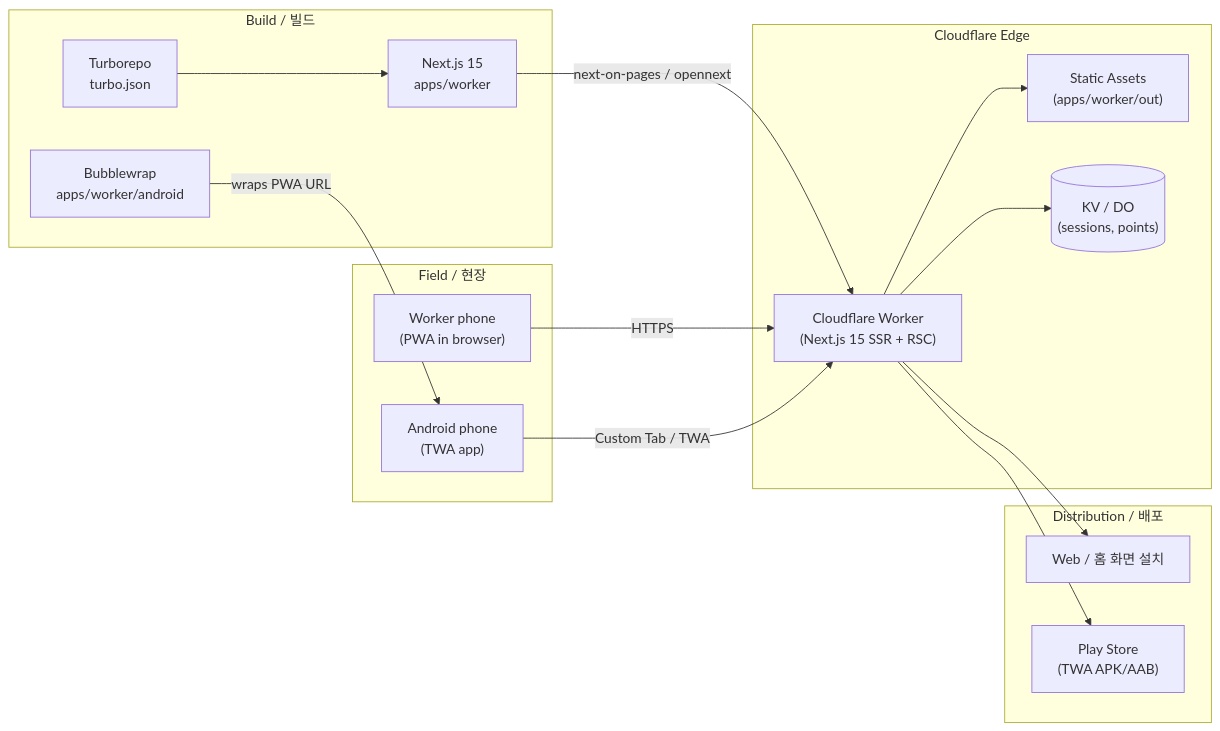
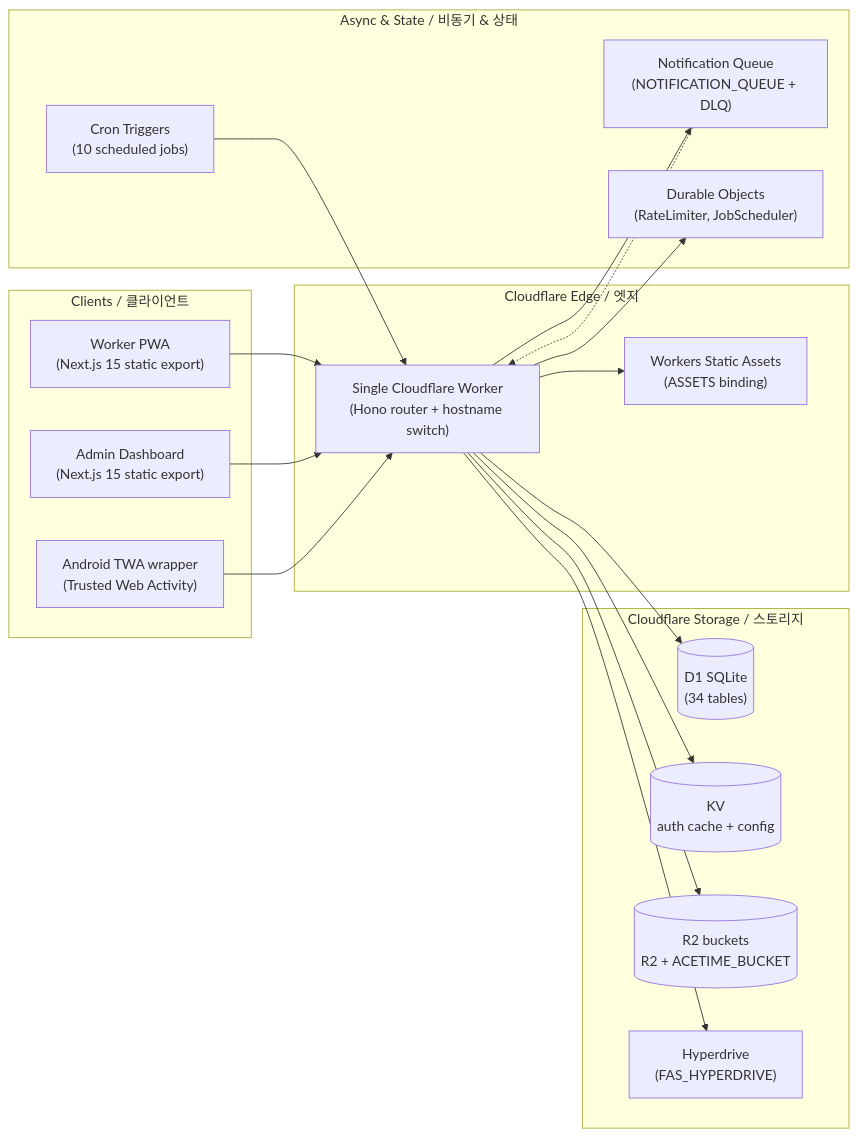
One commit to jclee941/safetywallet changed the diagram in README.md. Above: the diagram before and after it, drawn with Mermaid. The commit also changed other lines of this file, not shown here.

````diff
--- a/README.md
+++ b/README.md
@@ -73,35 +79,40 @@
 ```mermaid
 flowchart LR
-    subgraph Field["Field / 현장"]
-        Worker["Worker phone<br/>(PWA in browser)"]
-        Android["Android phone<br/>(TWA app)"]
-    end
+  subgraph Clients["Clients / 클라이언트"]
+    PWA["Worker PWA<br/>(Next.js 15 static export)"]
+    Admin["Admin Dashboard<br/>(Next.js 15 static export)"]
+    TWA["Android TWA wrapper<br/>(Trusted Web Activity)"]
+  end
 
-    subgraph Edge["Cloudflare Edge"]
-        CF["Cloudflare Worker<br/>(Next.js 15 SSR + RSC)"]
-        Assets["Static Assets<br/>(apps/worker/out)"]
-        KV[("KV / DO<br/>(sessions, points)")]
-    end
+  subgraph Edge["Cloudflare Edge / 엣지"]
+    Worker["Single Cloudflare Worker<br/>(Hono router + hostname switch)"]
+    ASSETS["Workers Static Assets<br/>(ASSETS binding)"]
+  end
 
-    subgraph Build["Build / 빌드"]
-        Next["Next.js 15<br/>apps/worker"]
-        Turbo["Turborepo<br/>turbo.json"]
-        Bubblewrap["Bubblewrap<br/>apps/worker/android"]
-    end
+  subgraph Storage["Cloudflare Storage / 스토리지"]
+    D1[("D1 SQLite<br/>(34 tables)")]
+    KV[("KV<br/>auth cache + config")]
+    R2[("R2 buckets<br/>R2 + ACETIME_BUCKET")]
+    HD["Hyperdrive<br/>(FAS_HYPERDRIVE)"]
+  end
 
-    subgraph Dist["Distribution / 배포"]
-        Web["Web / 홈 화면 설치"]
-        Play["Play Store<br/>(TWA APK/AAB)"]
-    end
+  subgraph Async["Async & State / 비동기 & 상태"]
+    Q["Notification Queue<br/>(NOTIFICATION_QUEUE + DLQ)"]
+    DO["Durable Objects<br/>(RateLimiter, JobScheduler)"]
+    Cron["Cron Triggers<br/>(10 scheduled jobs)"]
+  end
 
-    Next -->|next-on-pages / opennext| CF
-    Turbo --> Next
-    Bubblewrap -->|wraps PWA URL| Android
+  PWA --> Worker
+  Admin --> Worker
+  TWA --> Worker
 
-    Worker -->|HTTPS| CF
-    Android -->|Custom Tab / TWA| CF
-    CF --> Assets
-    CF --> KV
-    CF --> Web
-    CF --> Play
+  Worker --> ASSETS
+  Worker --> D1
+  Worker --> KV
+  Worker --> R2
+  Worker --> HD
+  Worker --> Q
+  Worker --> DO
+  Cron --> Worker
+  Q -.-> Worker
 ```
````
